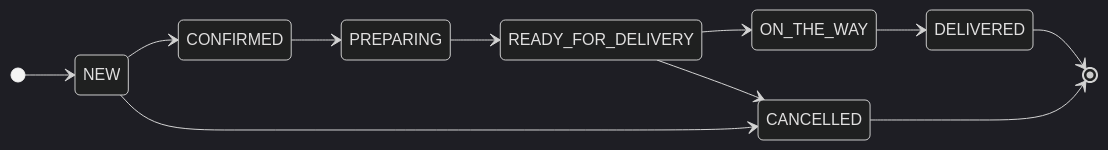
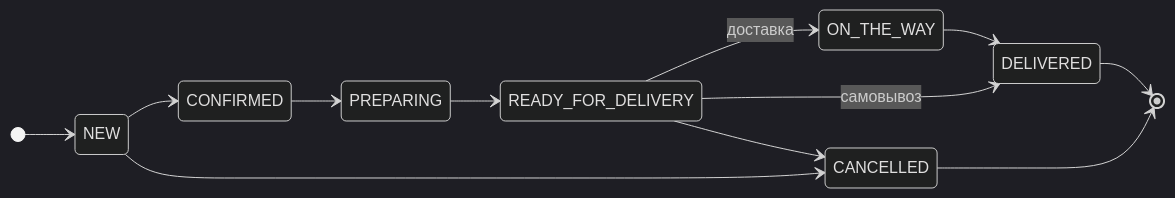
The first of 2 diagrams in README.md (haz2007/-Builder-s-Friend-), drawn with Mermaid (dark theme) before and after one commit. The commit also changed other lines of this file and 3 other files, not shown here.

First line of the commit message:
Show the pickup path in the README diagram and even out admin overview

````diff
--- a/README.md
+++ b/README.md
@@ -91,14 +91,15 @@
 ```mermaid
 stateDiagram-v2
     direction LR
     [*] --> NEW
     NEW --> CONFIRMED
     CONFIRMED --> PREPARING
     PREPARING --> READY_FOR_DELIVERY
-    READY_FOR_DELIVERY --> ON_THE_WAY
+    READY_FOR_DELIVERY --> ON_THE_WAY: доставка
     ON_THE_WAY --> DELIVERED
+    READY_FOR_DELIVERY --> DELIVERED: самовывоз
     NEW --> CANCELLED
     READY_FOR_DELIVERY --> CANCELLED
     DELIVERED --> [*]
     CANCELLED --> [*]
 ```
````
